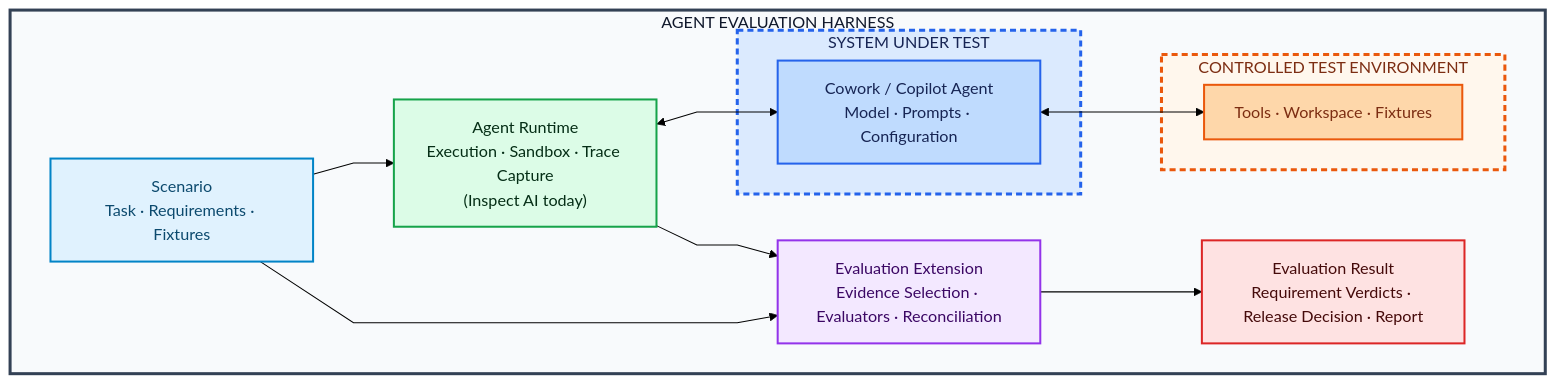
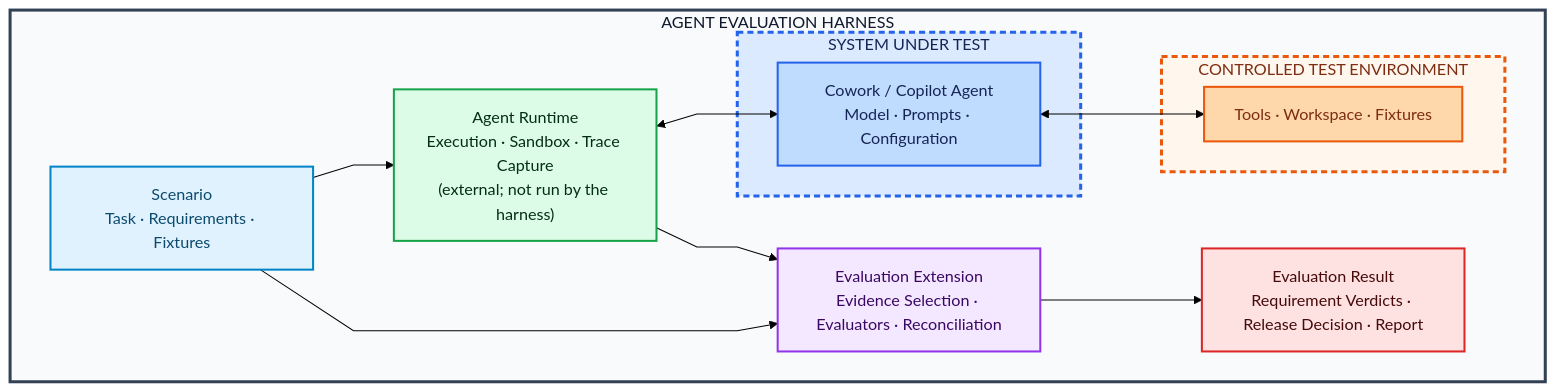
Before and after one commit to rramchan12/agent-evaluation-workbench: the diagram in ARCHITECTURE.md, drawn with Mermaid (forest theme). The commit also changed other lines of this file and 57 other files, not shown here.

First line of the commit message:
Make harness adapter-only: remove Inspect AI coupling and agent runner (#12)

````diff
--- a/ARCHITECTURE.md
+++ b/ARCHITECTURE.md
@@ -84,42 +92,42 @@
 ```mermaid
 %%{init: {"flowchart": {"curve": "linear", "nodeSpacing": 40, "rankSpacing": 55}}}%%
 flowchart LR
 
     subgraph SYSTEM["AGENT EVALUATION HARNESS"]
         direction LR
 
         SCENARIO["Scenario<br/>Task · Requirements · Fixtures"]
 
         subgraph SUT["SYSTEM UNDER TEST"]
             AGENT["Cowork / Copilot Agent<br/>Model · Prompts · Configuration"]
         end
 
         subgraph CTE["CONTROLLED TEST ENVIRONMENT"]
             TOOLS["Tools · Workspace · Fixtures"]
         end
 
-        INSPECT["Agent Runtime<br/>Execution · Sandbox · Trace Capture<br/>(Inspect AI today)"]
+        INSPECT["Agent Runtime<br/>Execution · Sandbox · Trace Capture<br/>(external; not run by the harness)"]
 
         EVALUATE["Evaluation Extension<br/>Evidence Selection · Evaluators · Reconciliation"]
 
         RESULT["Evaluation Result<br/>Requirement Verdicts · Release Decision · Report"]
 
         SCENARIO --> INSPECT
         INSPECT <--> AGENT
         AGENT <--> TOOLS
         INSPECT --> EVALUATE
         SCENARIO --> EVALUATE
         EVALUATE --> RESULT
     end
 
     style SYSTEM fill:#f8fafc,stroke:#334155,stroke-width:3px,color:#0f172a
     style SUT fill:#dbeafe,stroke:#2563eb,stroke-width:3px,stroke-dasharray:6 4,color:#172554
     style CTE fill:#fff7ed,stroke:#ea580c,stroke-width:3px,stroke-dasharray:6 4,color:#7c2d12
 
     style SCENARIO fill:#e0f2fe,stroke:#0284c7,stroke-width:2px,color:#0c4a6e
     style AGENT fill:#bfdbfe,stroke:#2563eb,stroke-width:2px,color:#172554
     style TOOLS fill:#fed7aa,stroke:#ea580c,stroke-width:2px,color:#7c2d12
     style INSPECT fill:#dcfce7,stroke:#16a34a,stroke-width:2px,color:#052e16
     style EVALUATE fill:#f3e8ff,stroke:#9333ea,stroke-width:2px,color:#3b0764
     style RESULT fill:#fee2e2,stroke:#dc2626,stroke-width:2px,color:#450a0a
 ```
````
